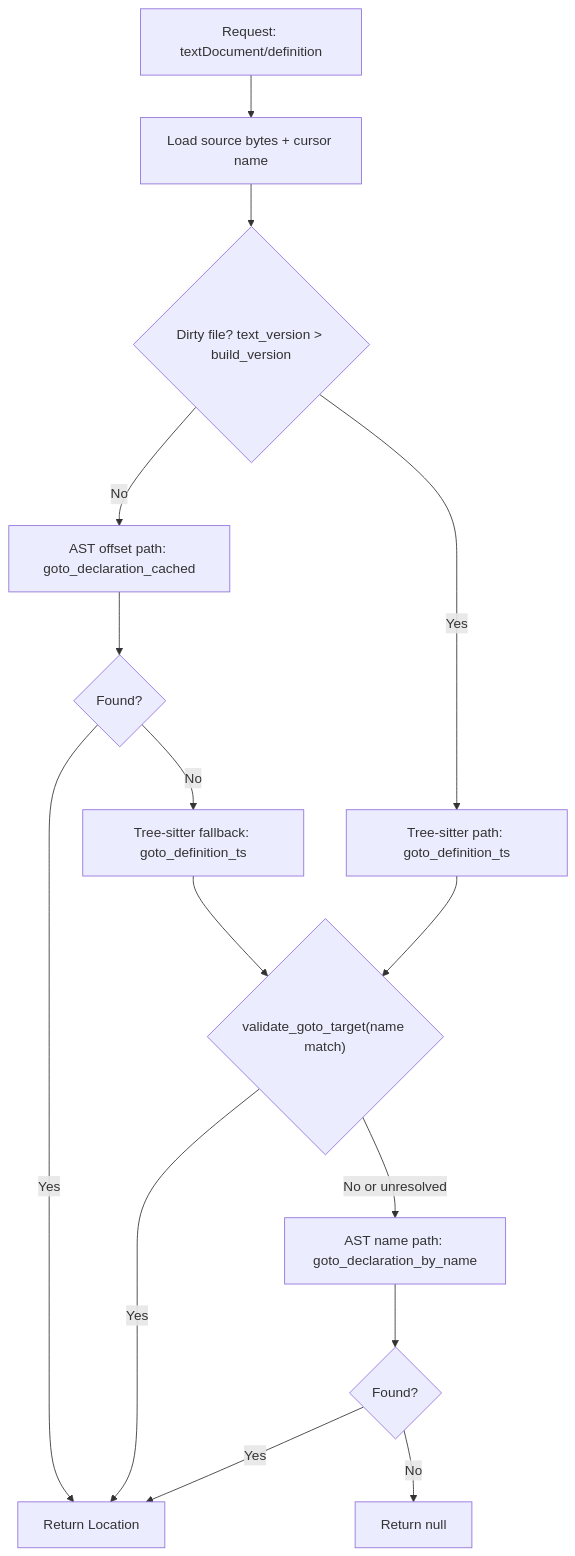
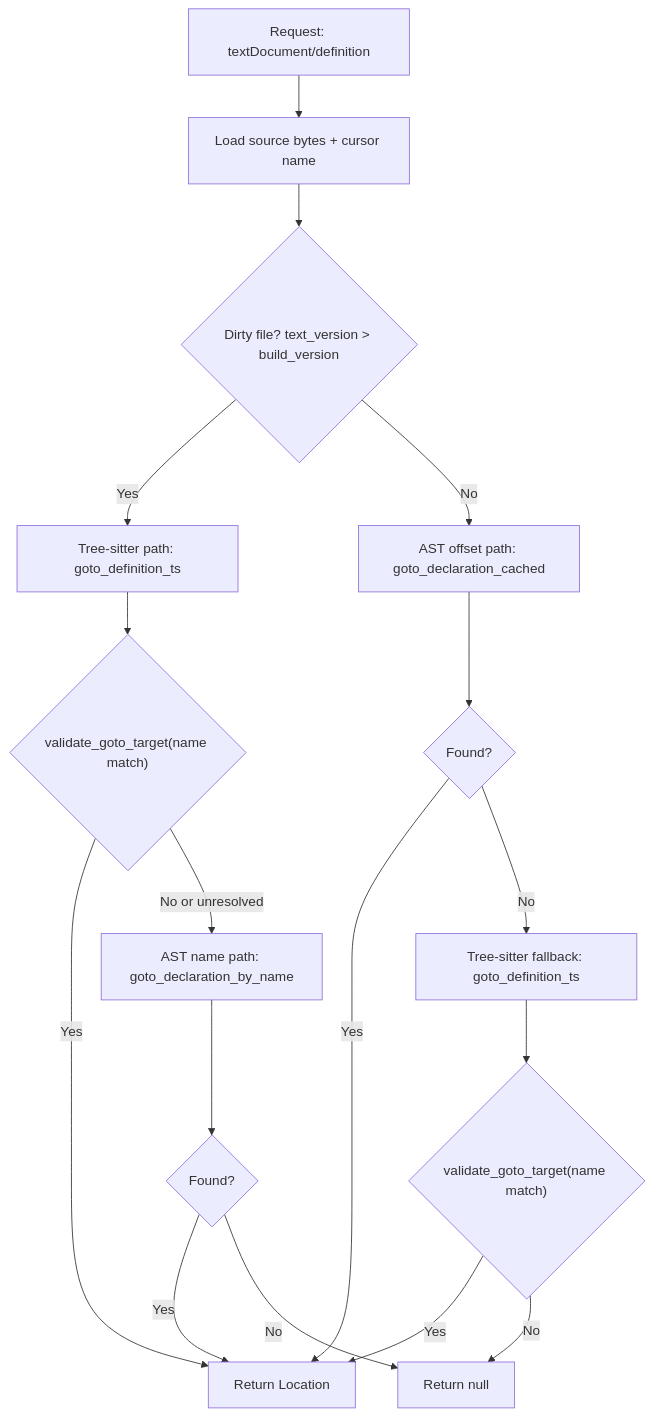
The diagram in docs/pages/reference/goto.md (mmsaki/solidity-language-server), drawn with Mermaid before and after one commit. The commit also changed other lines of this file and 5 other files, not shown here.

````diff
--- a/docs/pages/reference/goto.md
+++ b/docs/pages/reference/goto.md
@@ -29,17 +29,19 @@
 ```mermaid
 flowchart TD
   A["Request: textDocument/definition"] --> B["Load source bytes + cursor name"]
   B --> C{"Dirty file? text_version > build_version"}
-  C -->|No| D["AST offset path: goto_declaration_cached"]
-  D --> E{"Found?"}
-  E -->|Yes| Z["Return Location"]
-  E -->|No| F["Tree-sitter fallback: goto_definition_ts"]
   C -->|Yes| G["Tree-sitter path: goto_definition_ts"]
-  F --> H{"validate_goto_target(name match)"}
-  G --> H
-  H -->|Yes| Z
+  G --> H{"validate_goto_target(name match)"}
+  H -->|Yes| Z["Return Location"]
   H -->|No or unresolved| I["AST name path: goto_declaration_by_name"]
   I --> J{"Found?"}
   J -->|Yes| Z
   J -->|No| K["Return null"]
+  C -->|No| D["AST offset path: goto_declaration_cached"]
+  D --> E{"Found?"}
+  E -->|Yes| Z
+  E -->|No| F["Tree-sitter fallback: goto_definition_ts"]
+  F --> L{"validate_goto_target(name match)"}
+  L -->|Yes| Z
+  L -->|No| K
 ```
````
